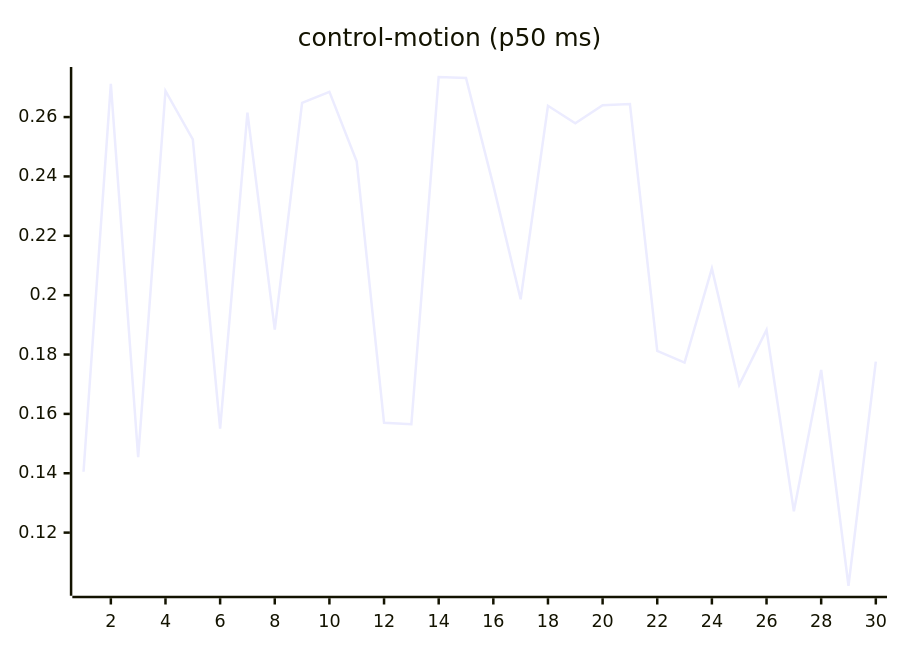
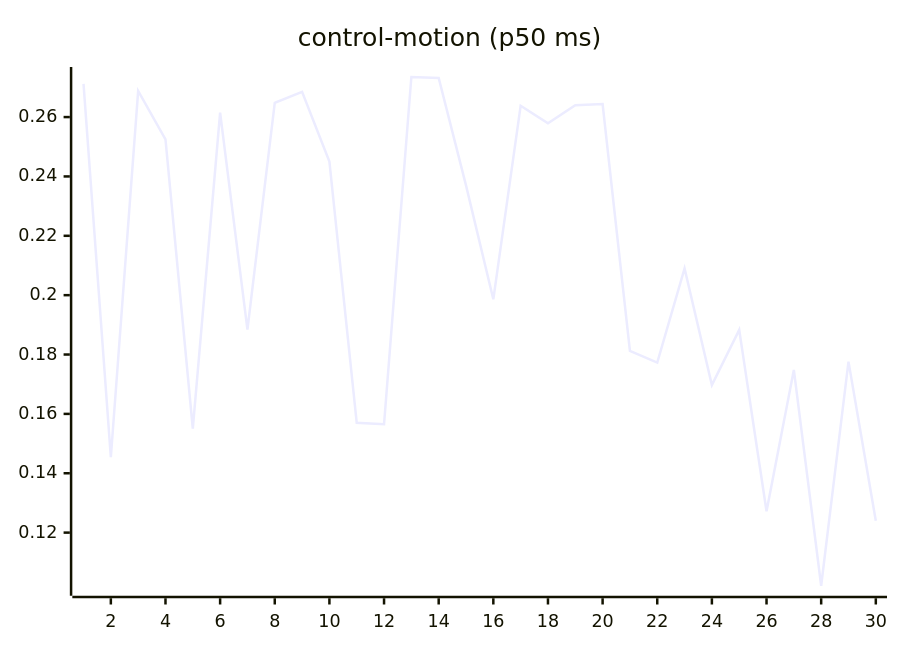
Before and after one commit to josha/Facet: the seventh of 27 diagrams in README.md, drawn with Mermaid. The commit also changed other lines of this file and 2 other files, not shown here.

````diff
--- a/README.md
+++ b/README.md
@@ -105,6 +105,6 @@
 ```mermaid
 xychart-beta
     title "control-motion (p50 ms)"
     x-axis 1 --> 30
-    line [0.1405, 0.2712, 0.1454, 0.2688, 0.2525, 0.1550, 0.2615, 0.1884, 0.2648, 0.2685, 0.2450, 0.1570, 0.1565, 0.2735, 0.2732, 0.2370, 0.1986, 0.2638, 0.2579, 0.2640, 0.2644, 0.1812, 0.1773, 0.2090, 0.1697, 0.1883, 0.1272, 0.1748, 0.1021, 0.1776]
+    line [0.2712, 0.1454, 0.2688, 0.2525, 0.1550, 0.2615, 0.1884, 0.2648, 0.2685, 0.2450, 0.1570, 0.1565, 0.2735, 0.2732, 0.2370, 0.1986, 0.2638, 0.2579, 0.2640, 0.2644, 0.1812, 0.1773, 0.2090, 0.1697, 0.1883, 0.1272, 0.1748, 0.1021, 0.1776, 0.1240]
 ```
````
